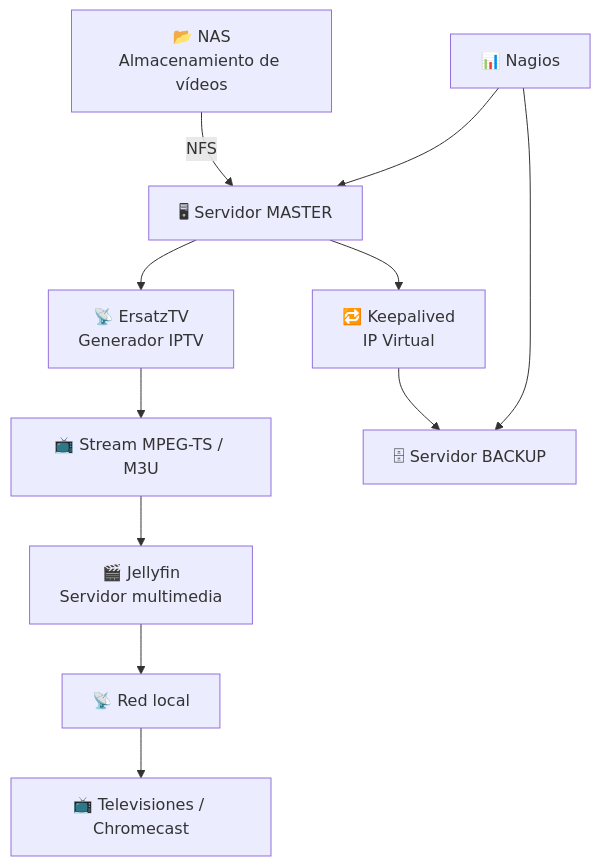
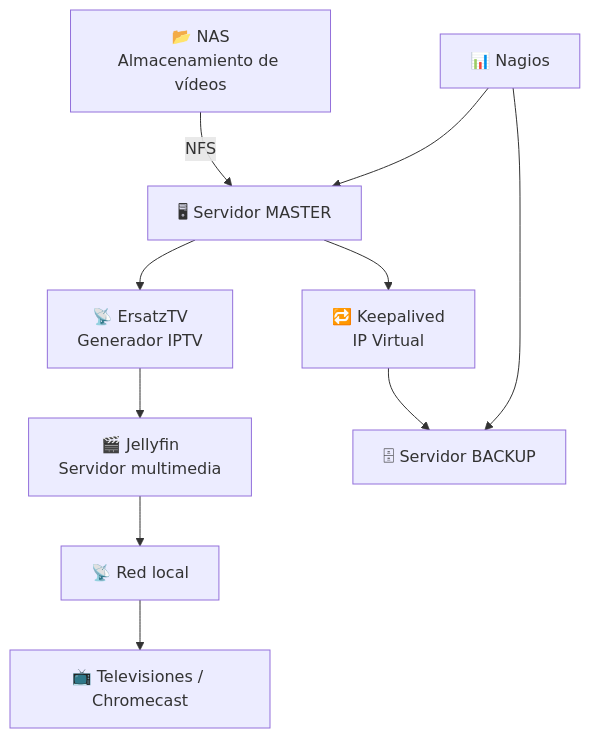
One commit to samuucruzz/Proyecto-PPP changed the diagram in README.md. Above: the diagram before and after it, drawn with Mermaid.

````diff
--- a/README.md
+++ b/README.md
@@ -29,19 +29,18 @@
 ```mermaid
 graph TD
 
 A[📂 NAS<br>Almacenamiento de vídeos] -->|NFS| B[🖥 Servidor MASTER]
 
 B --> C[📡 ErsatzTV<br>Generador IPTV]
-C --> D[📺 Stream MPEG-TS / M3U]
 
-D --> E[🎬 Jellyfin<br>Servidor multimedia]
+C --> E[🎬 Jellyfin<br>Servidor multimedia]
 E --> F[📡 Red local]
 
 F --> G[📺 Televisiones / Chromecast]
 
 B --> H[🔁 Keepalived<br>IP Virtual]
 H --> I[🗄 Servidor BACKUP]
 
 J[📊 Nagios] --> B
 J --> I
 ```
````
